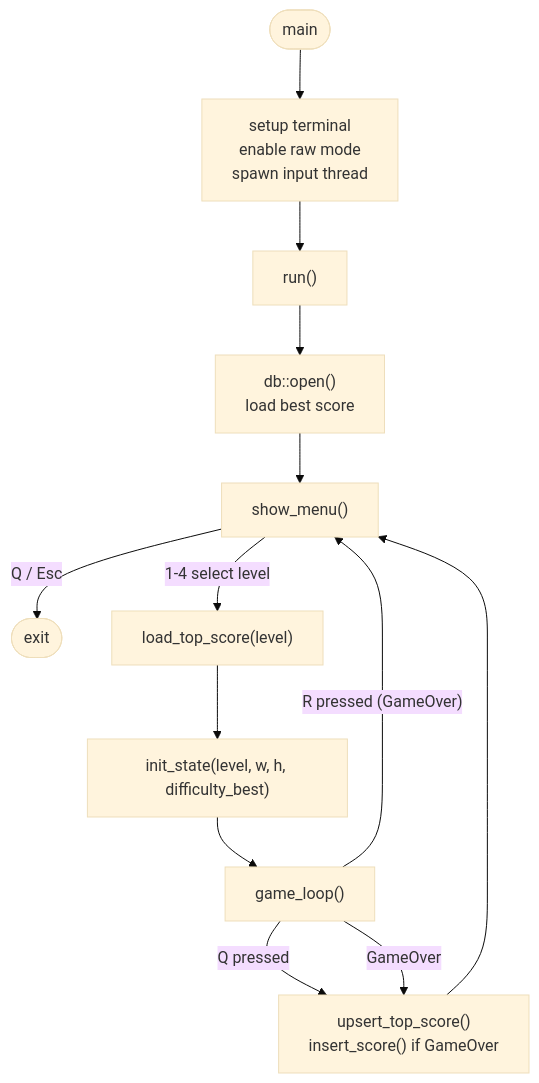
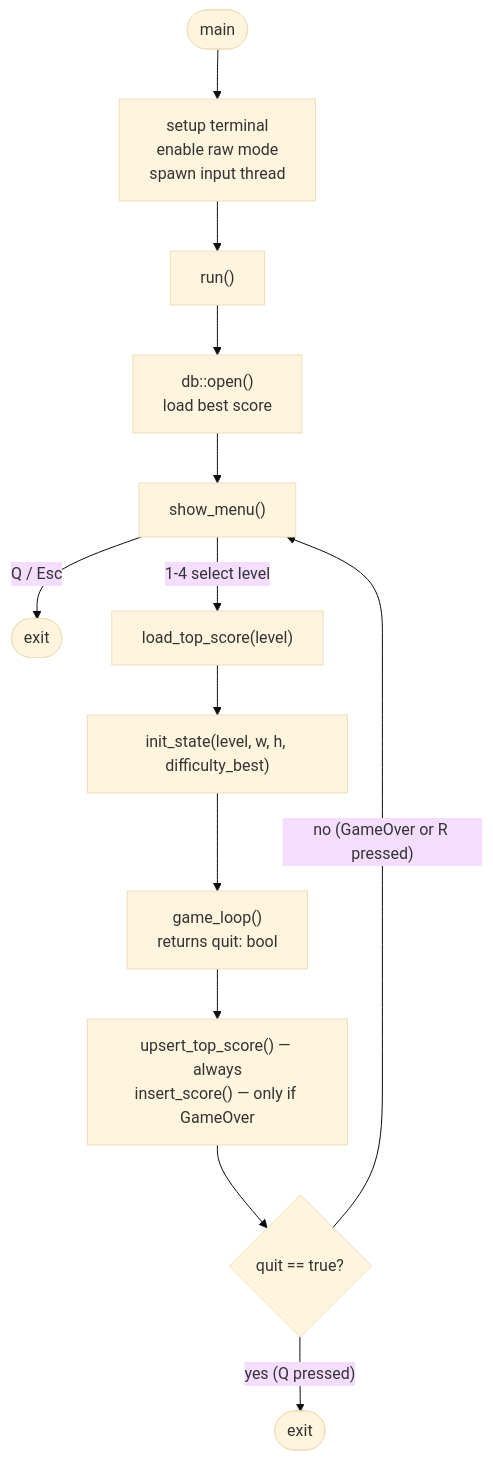
One commit to clove335/ShootingGame changed the third of 10 diagrams in docs/architecture.md. Above: the diagram before and after it, drawn with Mermaid (base theme). The commit also changed other lines of this file, not shown here.

First line of the commit message:
Fix 5 inaccuracies in docs/architecture.md

````diff
--- a/docs/architecture.md
+++ b/docs/architecture.md
@@ -61,15 +61,15 @@
 ```mermaid
 flowchart TD
     start([main]) --> setup["setup terminal\nenable raw mode\nspawn input thread"]
     setup --> run["run()"]
     run --> db_open["db::open()\nload best score"]
     db_open --> menu["show_menu()"]
     menu -->|"Q / Esc"| quit([exit])
     menu -->|"1-4 select level"| load_hs["load_top_score(level)"]
     load_hs --> init["init_state(level, w, h, difficulty_best)"]
-    init --> game_loop["game_loop()"]
-    game_loop -->|"Q pressed"| save_scores
-    game_loop -->|"GameOver"| save_scores["upsert_top_score()\ninsert_score() if GameOver"]
-    game_loop -->|"R pressed (GameOver)"| menu
-    save_scores --> menu
+    init --> game_loop["game_loop()\nreturns quit: bool"]
+    game_loop --> save_scores["upsert_top_score() — always\ninsert_score() — only if GameOver"]
+    save_scores --> check_quit{"quit == true?"}
+    check_quit -->|"yes (Q pressed)"| quit2([exit])
+    check_quit -->|"no (GameOver or R pressed)"| menu
 ```
````
